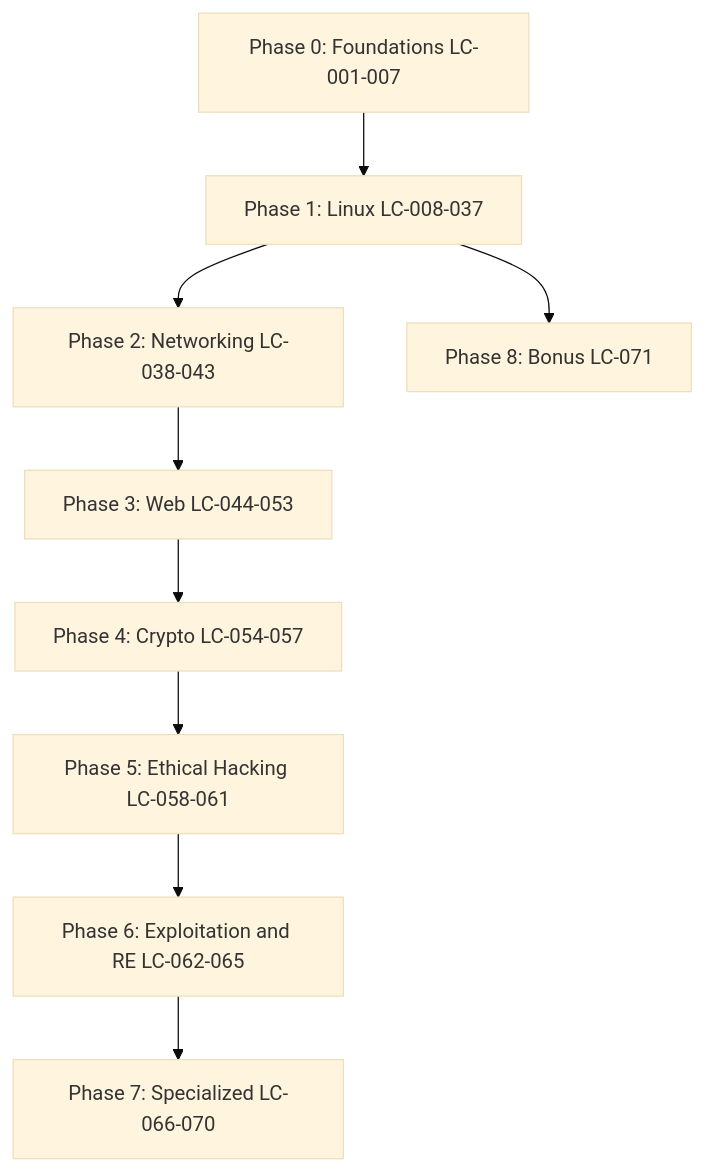
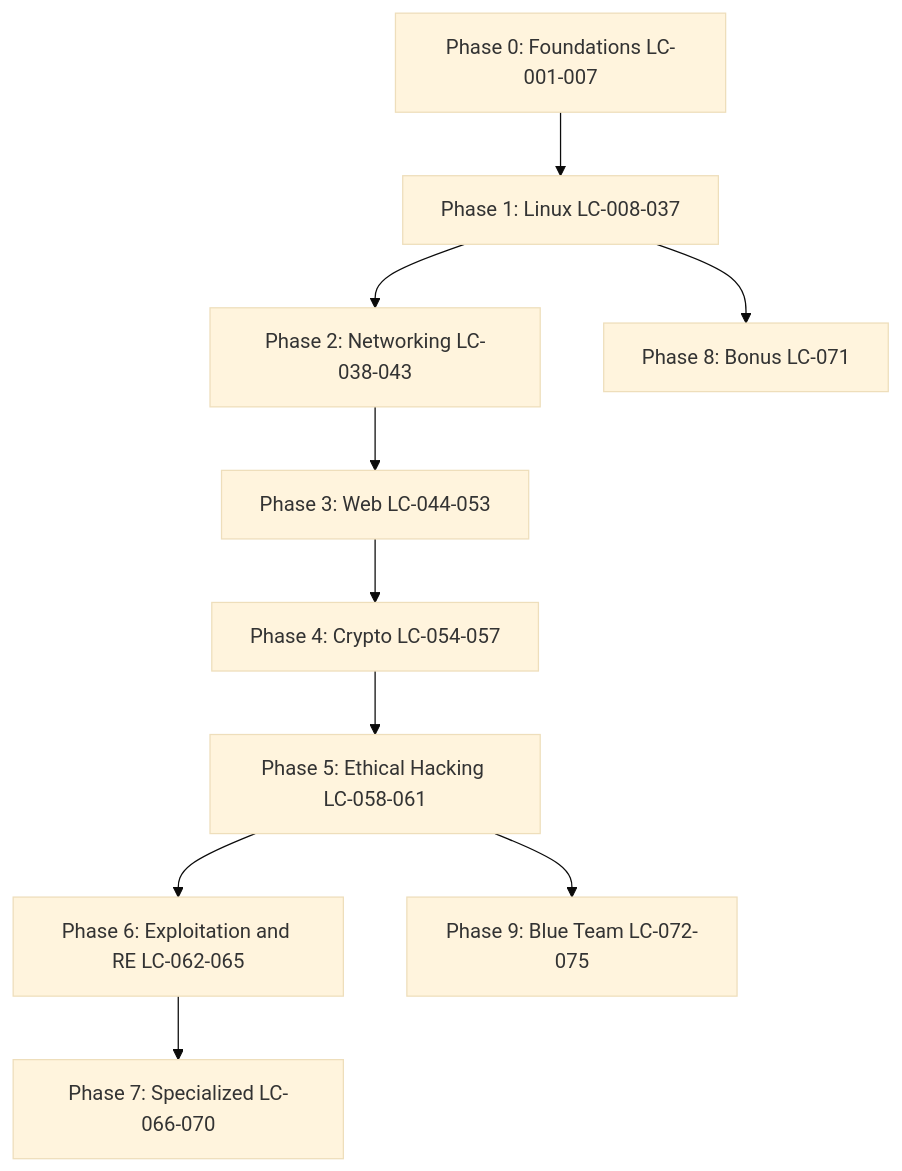
The diagram in ROADMAP.md (Kodokthegr3at/Zero2Root), drawn with Mermaid (base theme) before and after one commit. The commit also changed other lines of this file and 21 other files, not shown here.

Commit message:
Add blue-team track (LC-072-075) with red team cross-links

````diff
--- a/ROADMAP.md
+++ b/ROADMAP.md
@@ -20,11 +20,12 @@
 ```mermaid
 flowchart TD
     P0[Phase 0: Foundations LC-001-007] --> P1[Phase 1: Linux LC-008-037]
     P1 --> P2[Phase 2: Networking LC-038-043]
     P2 --> P3[Phase 3: Web LC-044-053]
     P3 --> P4[Phase 4: Crypto LC-054-057]
     P4 --> P5[Phase 5: Ethical Hacking LC-058-061]
     P5 --> P6[Phase 6: Exploitation and RE LC-062-065]
     P6 --> P7[Phase 7: Specialized LC-066-070]
     P1 --> P8[Phase 8: Bonus LC-071]
+    P5 --> P9[Phase 9: Blue Team LC-072-075]
 ```
````
